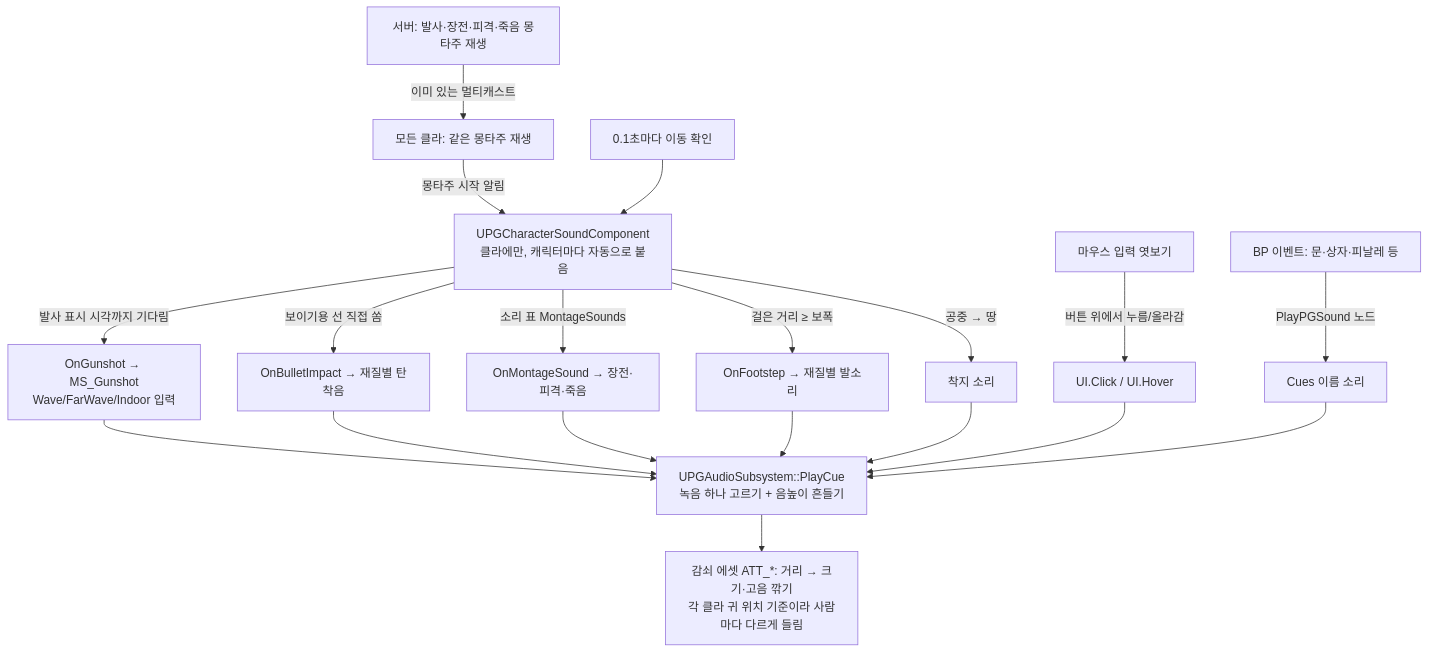
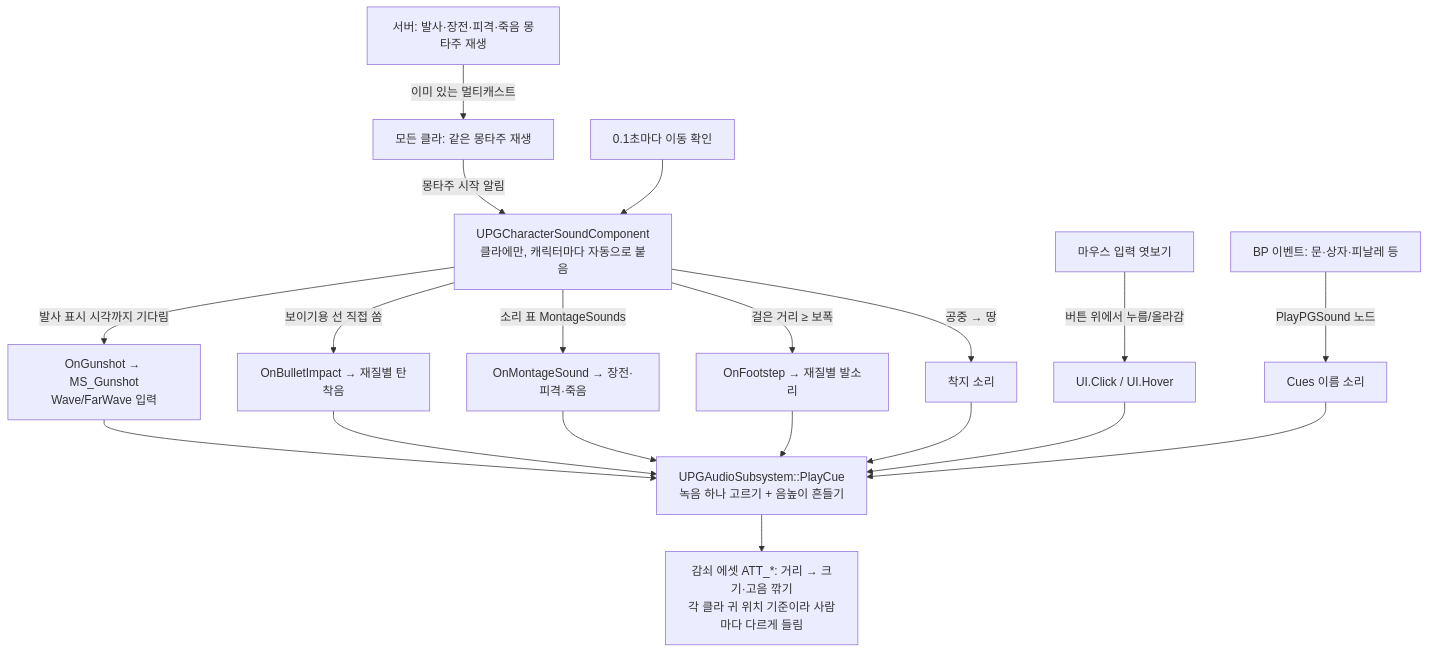
One commit to AssortRock-KDT6-Unreal-PowerAde/ProjectPG changed the diagram in Source/ProjectPG/Public/Audio/README.md. Above: the diagram before and after it, drawn with Mermaid. The commit also changed other lines of this file and 17 other files, not shown here.

````diff
--- a/Source/ProjectPG/Public/Audio/README.md
+++ b/Source/ProjectPG/Public/Audio/README.md
@@ -14,15 +14,15 @@
 ```mermaid
 flowchart TD
   S[서버: 발사·장전·피격·죽음 몽타주 재생] -->|이미 있는 멀티캐스트| C[모든 클라: 같은 몽타주 재생]
   C -->|몽타주 시작 알림| K[UPGCharacterSoundComponent<br/>클라에만, 캐릭터마다 자동으로 붙음]
-  K -->|발사 표시 시각까지 기다림| G[OnGunshot → MS_Gunshot<br/>Wave/FarWave/Indoor 입력]
+  K -->|발사 표시 시각까지 기다림| G[OnGunshot → MS_Gunshot<br/>Wave/FarWave 입력]
   K -->|보이기용 선 직접 쏨| I[OnBulletImpact → 재질별 탄착음]
   K -->|소리 표 MontageSounds| M[OnMontageSound → 장전·피격·죽음]
   MV[0.1초마다 이동 확인] --> K
   K -->|걸은 거리 ≥ 보폭| F[OnFootstep → 재질별 발소리]
   K -->|공중 → 땅| L[착지 소리]
   UI[마우스 입력 엿보기] -->|버튼 위에서 누름/올라감| U[UI.Click / UI.Hover]
   BP[BP 이벤트: 문·상자·피날레 등] -->|PlayPGSound 노드| N[Cues 이름 소리]
   G & I & M & F & L & U & N --> P[UPGAudioSubsystem::PlayCue<br/>녹음 하나 고르기 + 음높이 흔들기]
   P --> A[감쇠 에셋 ATT_*: 거리 → 크기·고음 깎기<br/>각 클라 귀 위치 기준이라 사람마다 다르게 들림]
 ```
````
